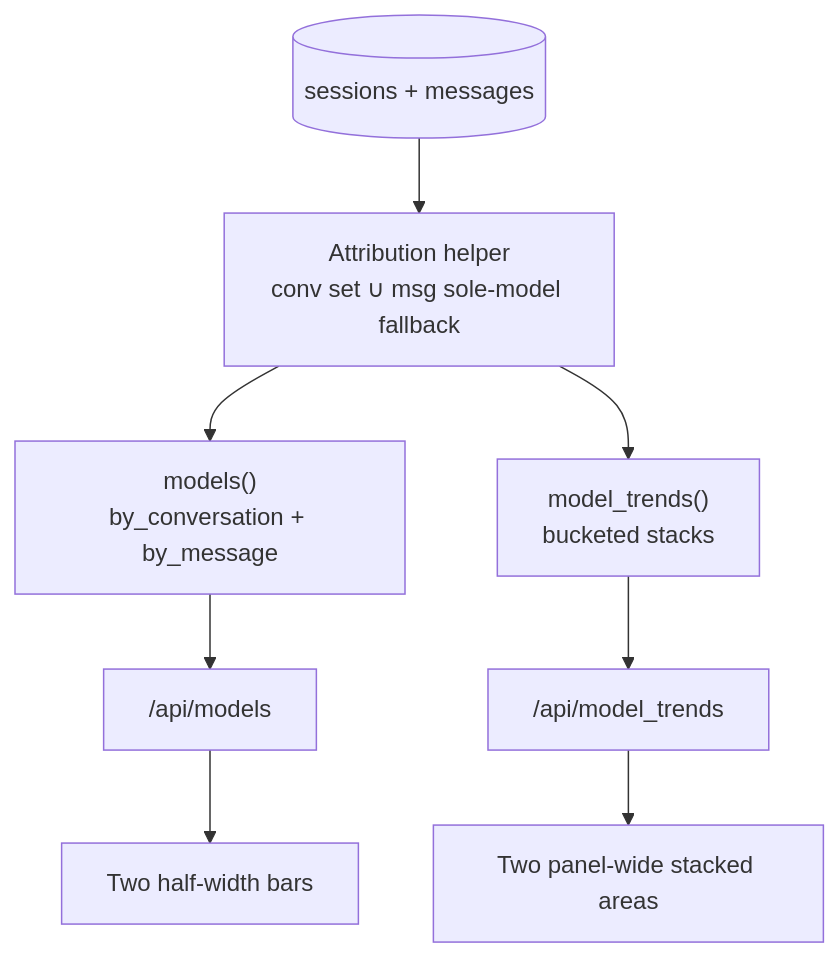
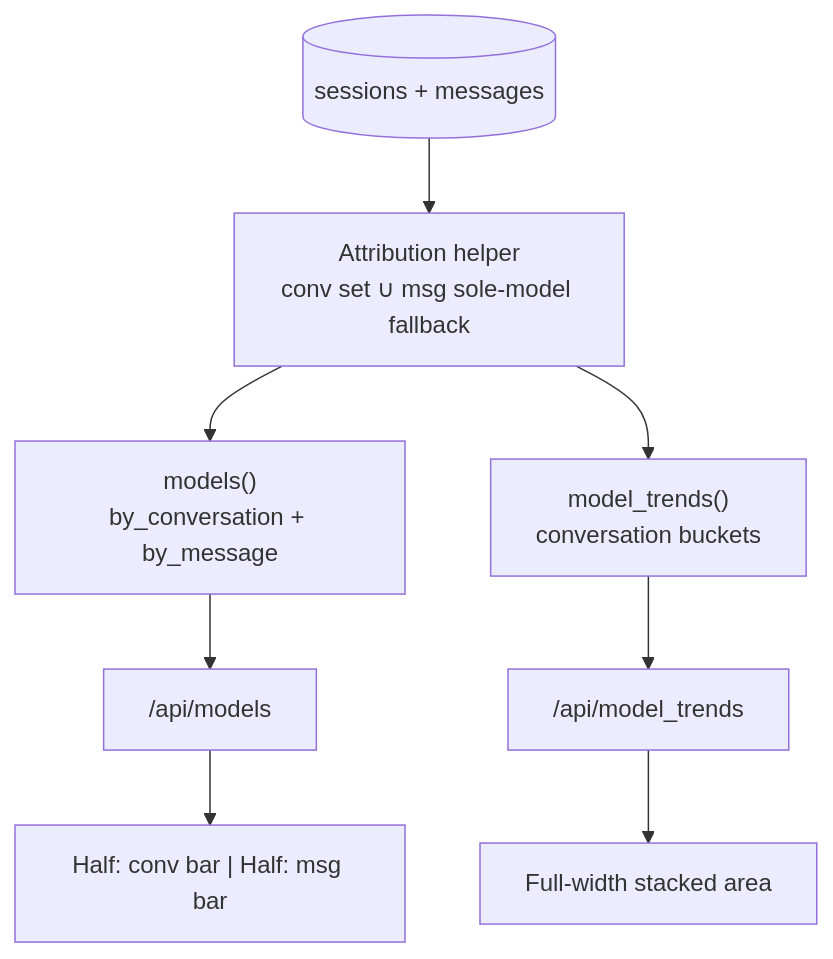
The first of 2 diagrams in memory-bank/active/tasks.md (Texarkanine/stockroom), drawn with Mermaid before and after one commit. The commit also changed other lines of this file and 3 other files, not shown here.

````diff
--- a/memory-bank/active/tasks.md
+++ b/memory-bank/active/tasks.md
@@ -15,10 +15,10 @@
 ```mermaid
 flowchart TD
   WH[(sessions + messages)] --> Attr["Attribution helper<br/>conv set ∪ msg sole-model fallback"]
   Attr --> Rank["models()<br/>by_conversation + by_message"]
-  Attr --> Trends["model_trends()<br/>bucketed stacks"]
+  Attr --> Trends["model_trends()<br/>conversation buckets"]
   Rank --> API1["/api/models"]
   Trends --> API2["/api/model_trends"]
-  API1 --> Bars["Two half-width bars"]
-  API2 --> Areas["Two panel-wide stacked areas"]
+  API1 --> Bars["Half: conv bar | Half: msg bar"]
+  API2 --> Area["Full-width stacked area"]
 ```
````
